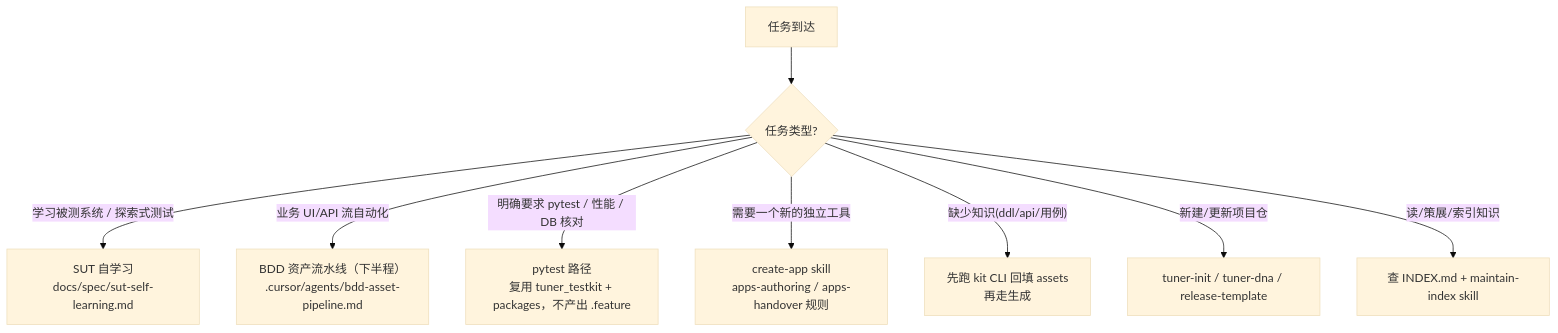
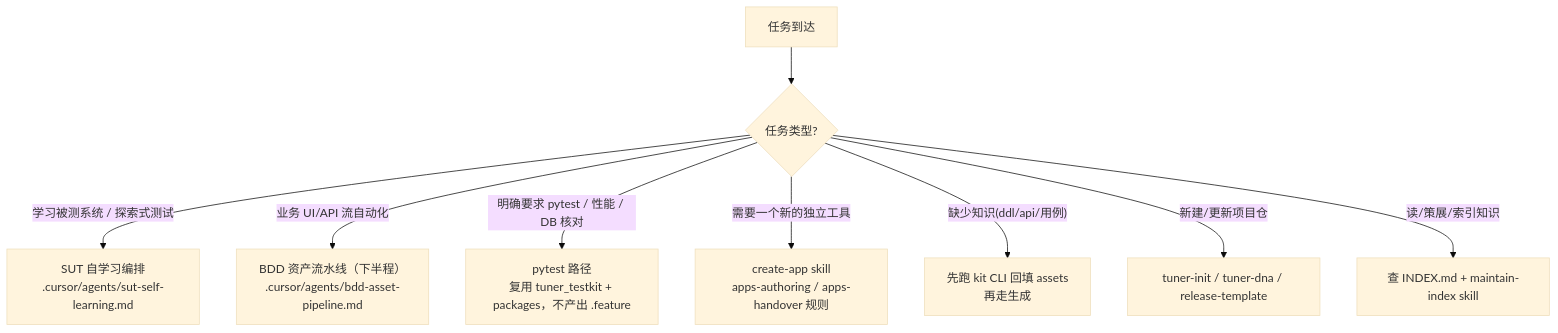
One commit to chenjianpeng97/Repo-as-a-TestPlatform changed the diagram in AGENTS.md. Above: the diagram before and after it, drawn with Mermaid (base theme). The commit also changed other lines of this file and 25 other files, not shown here.

First line of the commit message:
feat(apps,init_repo,packages,agents,rules,skills,docs,index): orchestrate SUT self-learning and refresh DNA for 4.4.0

````diff
--- a/AGENTS.md
+++ b/AGENTS.md
@@ -43,11 +43,11 @@
 ```mermaid
 flowchart TD
   Start[任务到达] --> Q{任务类型?}
-  Q -->|"学习被测系统 / 探索式测试"| Learn["SUT 自学习\ndocs/spec/sut-self-learning.md"]
+  Q -->|"学习被测系统 / 探索式测试"| Learn["SUT 自学习编排\n.cursor/agents/sut-self-learning.md"]
   Q -->|"业务 UI/API 流自动化"| BDD["BDD 资产流水线（下半程）\n.cursor/agents/bdd-asset-pipeline.md"]
   Q -->|"明确要求 pytest / 性能 / DB 核对"| Pytest["pytest 路径\n复用 tuner_testkit + packages，不产出 .feature"]
   Q -->|"需要一个新的独立工具"| App["create-app skill\napps-authoring / apps-handover 规则"]
   Q -->|"缺少知识(ddl/api/用例)"| Know["先跑 kit CLI 回填 assets\n再走生成"]
   Q -->|"新建/更新项目仓"| Init["tuner-init / tuner-dna / release-template"]
   Q -->|"读/策展/索引知识"| Idx["查 INDEX.md + maintain-index skill"]
 ```
````
